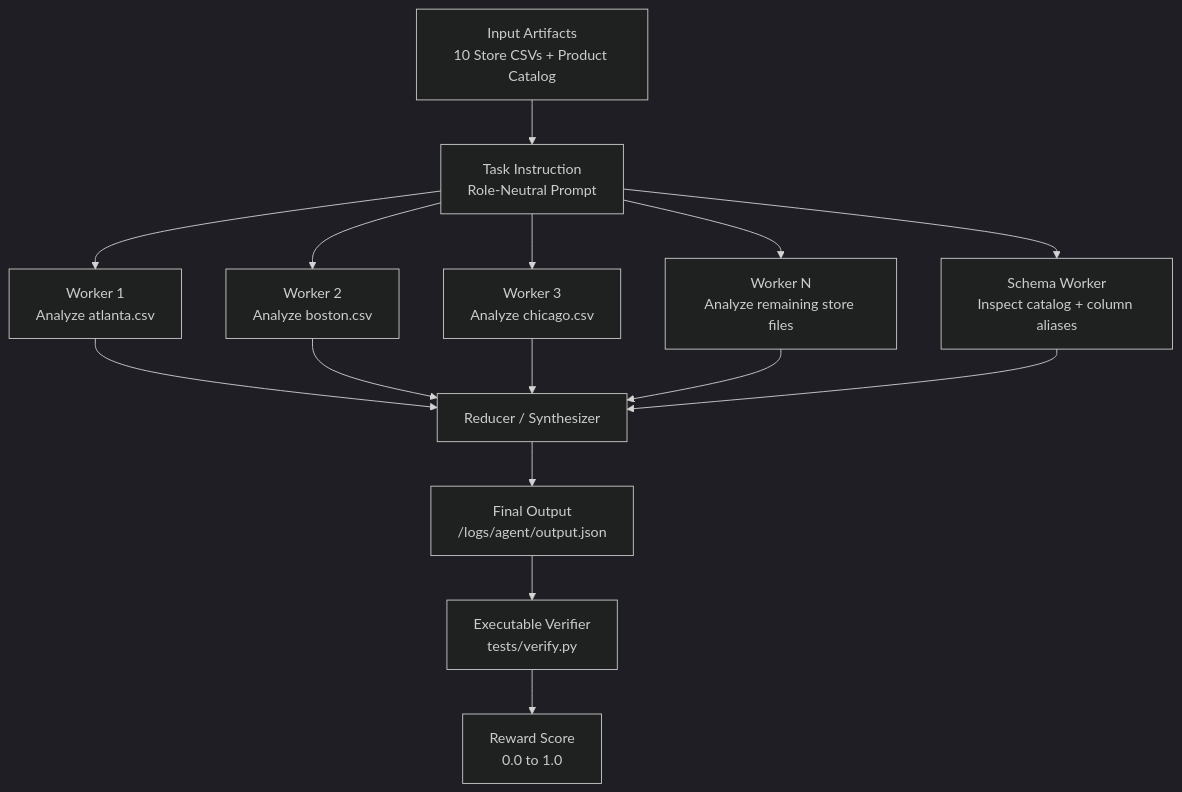
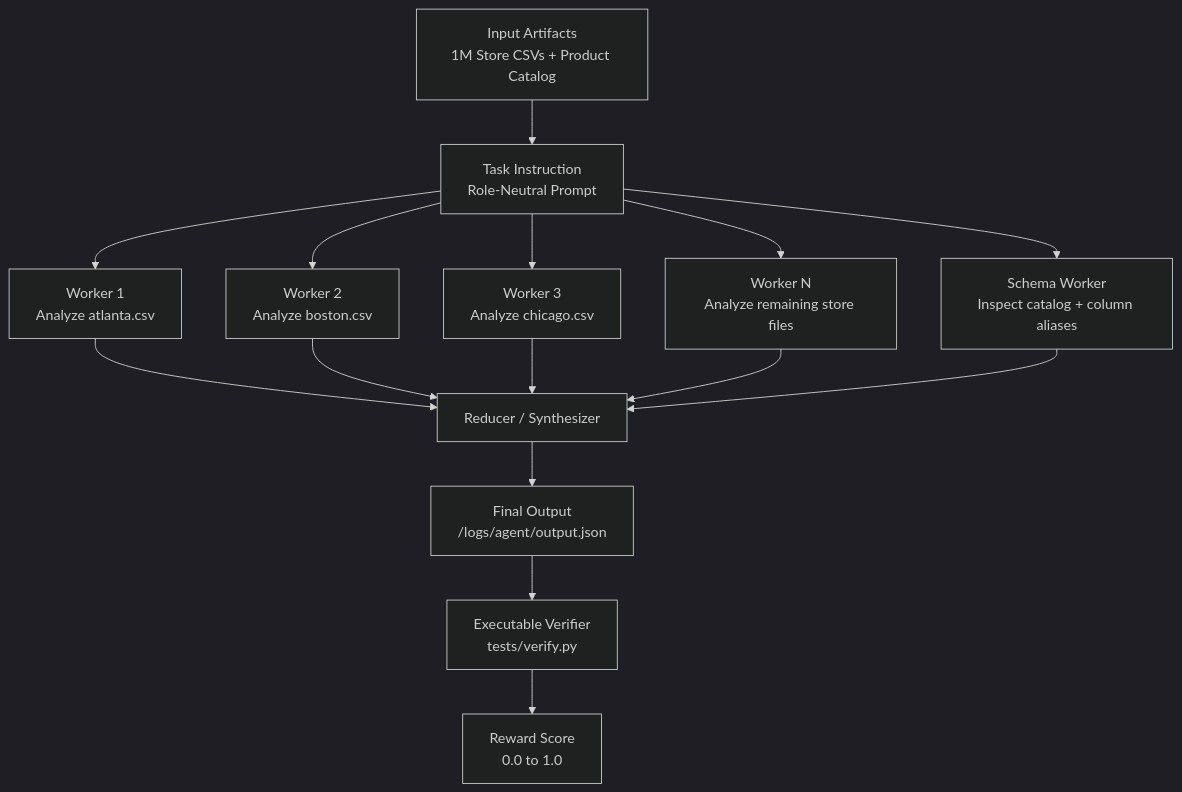
Before and after one commit to parasiitism/retail-reconciliation-swarmbench: the diagram in README.md, drawn with Mermaid (dark theme).

Commit message:
Update input artifacts in flowchart

````diff
--- a/README.md
+++ b/README.md
@@ -53,23 +53,23 @@
 ```mermaid
 flowchart TD
-    A["Input Artifacts<br/>10 Store CSVs + Product Catalog"] --> B["Task Instruction<br/>Role-Neutral Prompt"]
+    A["Input Artifacts<br/>1M Store CSVs + Product Catalog"] --> B["Task Instruction<br/>Role-Neutral Prompt"]
 
     B --> C1["Worker 1<br/>Analyze atlanta.csv"]
     B --> C2["Worker 2<br/>Analyze boston.csv"]
     B --> C3["Worker 3<br/>Analyze chicago.csv"]
     B --> C4["Worker N<br/>Analyze remaining store files"]
     B --> C5["Schema Worker<br/>Inspect catalog + column aliases"]
 
     C1 --> D["Reducer / Synthesizer"]
     C2 --> D
     C3 --> D
     C4 --> D
     C5 --> D
 
     D --> E["Final Output<br/>/logs/agent/output.json"]
 
     E --> F["Executable Verifier<br/>tests/verify.py"]
 
     F --> G["Reward Score<br/>0.0 to 1.0"]
 
 ```
````
